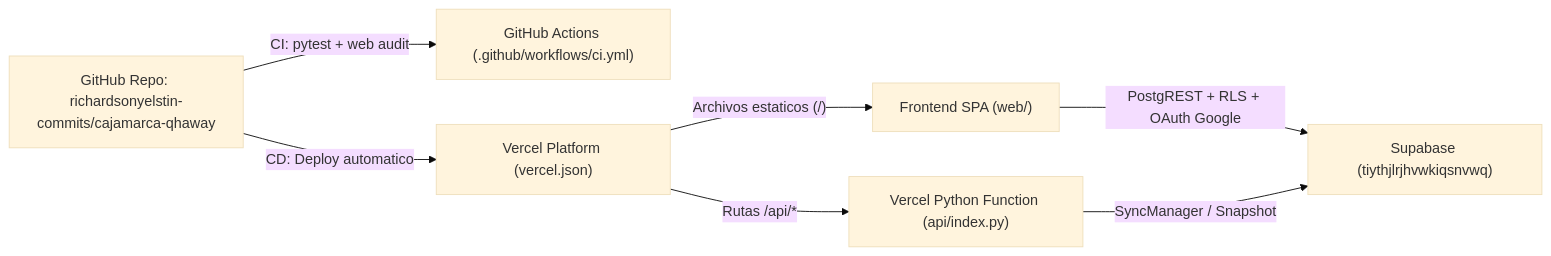
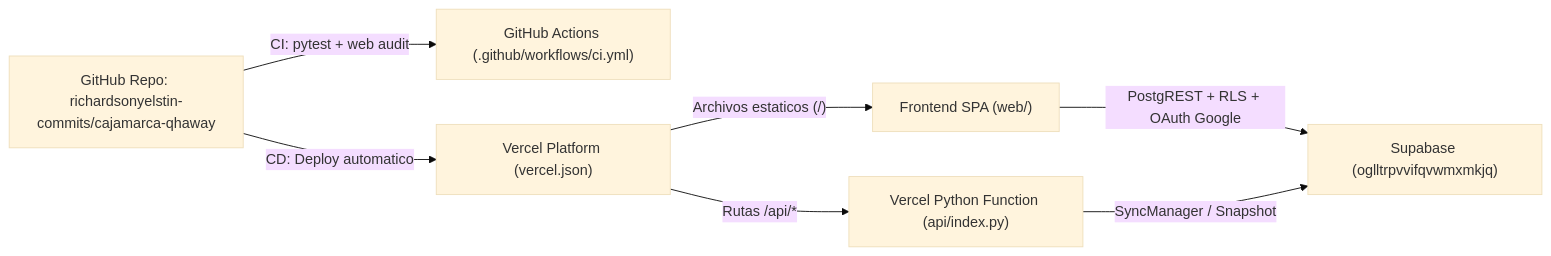
The diagram in docs/deployment/001-cloud-deployment-guide.md (richardsonyelstin-commits/cajamarca-qhaway), drawn with Mermaid (base theme) before and after one commit. The commit also changed other lines of this file and 97 other files, not shown here.

````diff
--- a/docs/deployment/001-cloud-deployment-guide.md
+++ b/docs/deployment/001-cloud-deployment-guide.md
@@ -21,9 +21,9 @@
 ```mermaid
 flowchart LR
     GH["GitHub Repo: richardsonyelstin-commits/cajamarca-qhaway"] -->|"CI: pytest + web audit"| GA["GitHub Actions (.github/workflows/ci.yml)"]
     GH -->|"CD: Deploy automatico"| VC["Vercel Platform (vercel.json)"]
     VC -->|"Archivos estaticos (/)"| WEB["Frontend SPA (web/)"]
     VC -->|"Rutas /api/*"| PY["Vercel Python Function (api/index.py)"]
-    WEB -->|"PostgREST + RLS + OAuth Google"| SB["Supabase (tiythjlrjhvwkiqsnvwq)"]
+    WEB -->|"PostgREST + RLS + OAuth Google"| SB["Supabase (oglltrpvvifqvwmxmkjq)"]
     PY -->|"SyncManager / Snapshot"| SB
 ```
````
